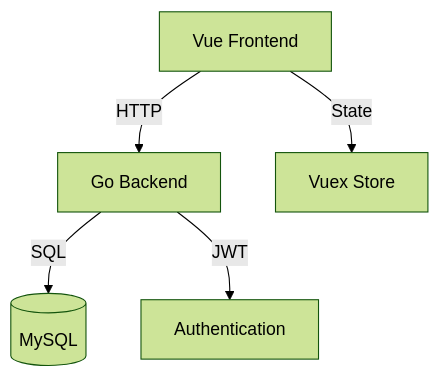
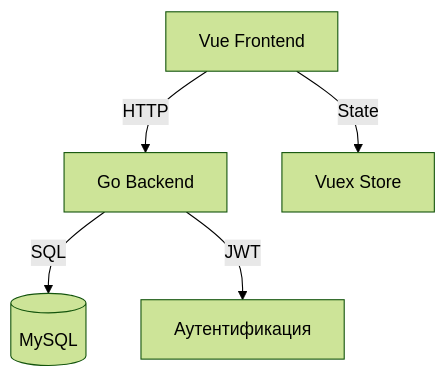
The diagram in README.md (misha1350/mospolytech-web-app), drawn with Mermaid (forest theme) before and after one commit. The commit also changed other lines of this file, not shown here.

````diff
--- a/README.md
+++ b/README.md
@@ -87,7 +87,7 @@
 ```mermaid
 graph TD
-    Client[Vue Frontend] -->|HTTP| Server[Go Backend]
-    Server -->|SQL| DB[(MySQL)]
-    Server -->|JWT| Auth[Authentication]
-    Client -->|State| Vuex[Vuex Store]
+   Client[Vue Frontend] -->|HTTP| Server[Go Backend]
+   Server -->|SQL| DB[(MySQL)]
+   Server -->|JWT| Auth[Аутентификация]
+   Client -->|State| Vuex[Vuex Store]
 ```
````
